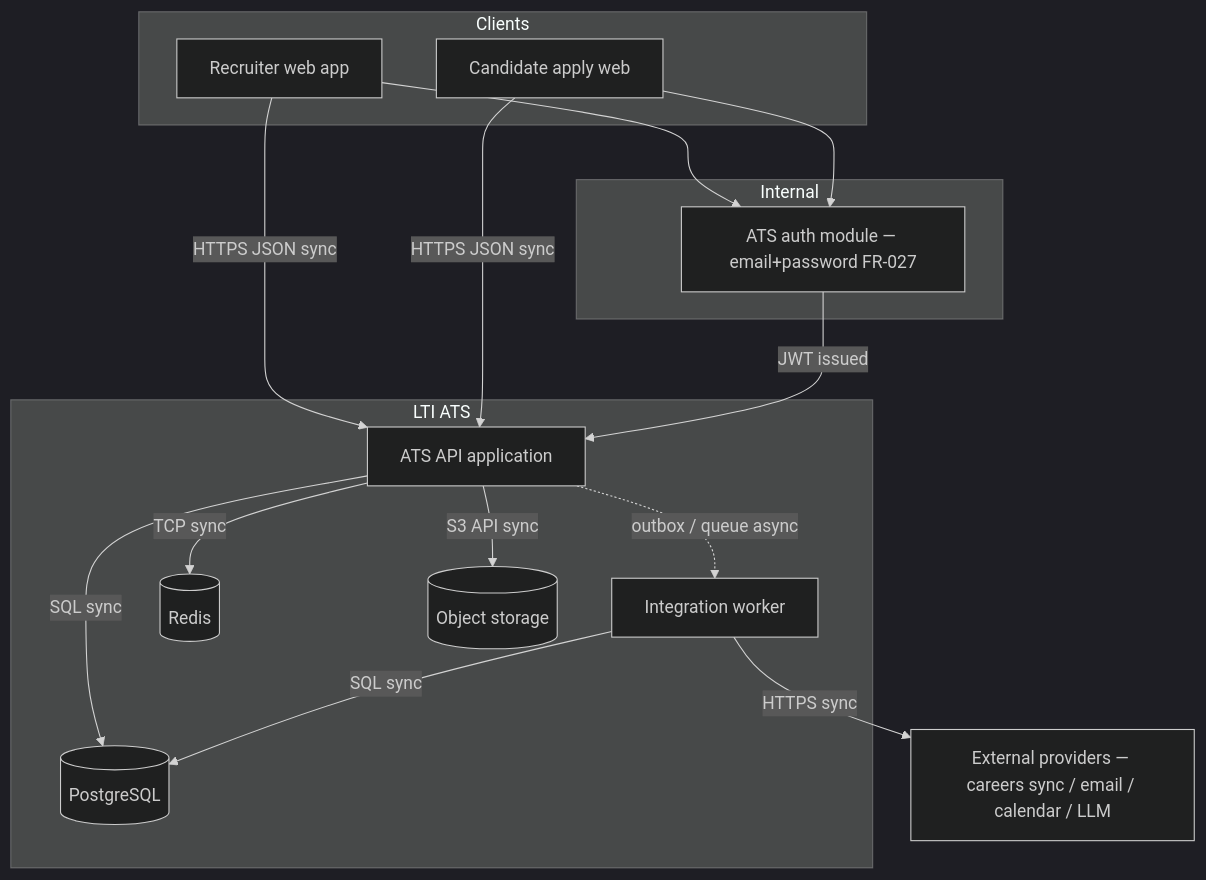
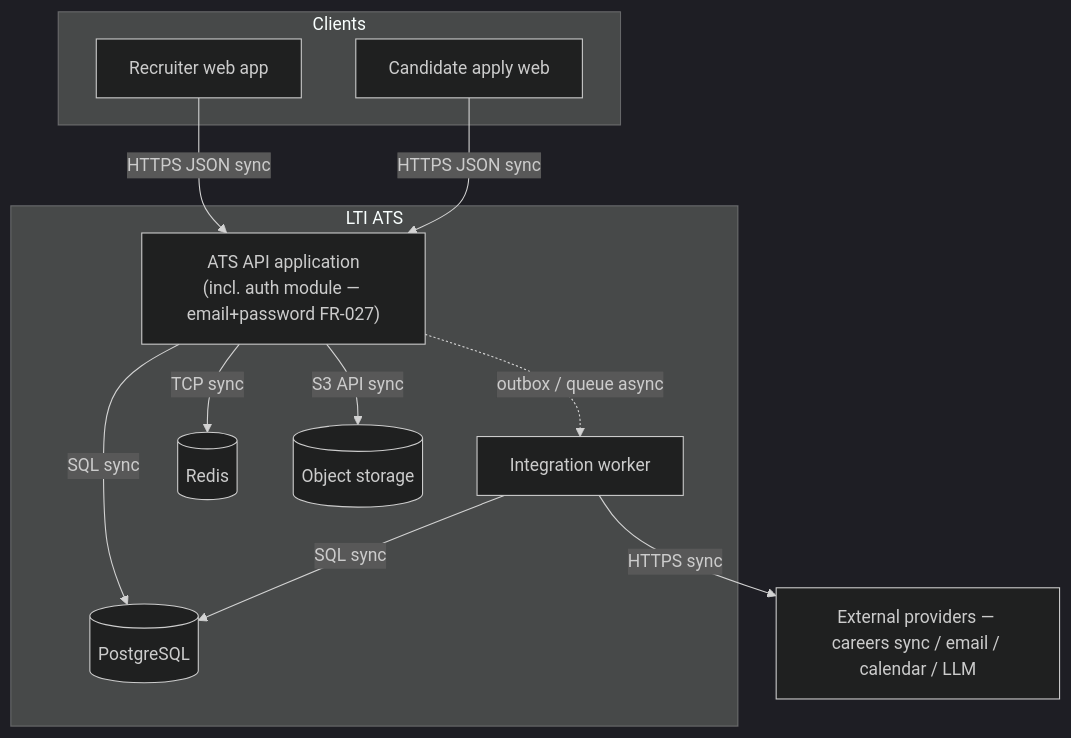
One commit to icsanabriar/AI4Devs-design-2-202602-Seniors changed the seventh of 8 diagrams in LTI-ICS/LTI-ICS.md. Above: the diagram before and after it, drawn with Mermaid (dark theme). The commit also changed other lines of this file and 1 other file, not shown here.

Commit message:
fix(doc): Correct diagram inconsistencies and backlog metadata in LTI-ICS
LTI-ICS.md:
- UC-3 flowchart: remove direct API -> EMAIL edge; all email/calendar
  calls now flow exclusively through WRK
- C4 context: remove IDP node and SYS -> IDP edge; auth is internal to
  LTI ATS system boundary
- C4 containers: dissolve LTI_auth subgraph; embed auth module as
  annotation in API node label; W1/W2 connect directly to API

UserStories-ICS.md:
- Sprint 3 metadata: correct "2 weeks" to "11 days" to match the actual
  Apr 29-May 9 date range (Sprint 4 is already anchored to May 10)
- Sprint 5 dependencies: clarify S-030 depends on S-026 because the
  accepted-offer flow invokes the hire action; remove misleading
  "offer precedes or accompanies hire" phrasing

Made-with: Cursor

````diff
--- a/LTI-ICS/LTI-ICS.md
+++ b/LTI-ICS/LTI-ICS.md
@@ -473,29 +470,23 @@
 ```mermaid
 flowchart TB
   subgraph Clients
     W1[Recruiter web app]
     W2[Candidate apply web]
   end
   subgraph LTI_ATS["LTI ATS"]
-    API[ATS API application]
+    API["ATS API application\n(incl. auth module — email+password FR-027)"]
     WRK[Integration worker]
     DB[(PostgreSQL)]
     RED[(Redis)]
     OBJ[(Object storage)]
   end
-  subgraph LTI_auth["Internal"]
-    AUTH[ATS auth module — email+password FR-027]
-  end
   EXT[External providers — careers sync / email / calendar / LLM]
   W1 -->|HTTPS JSON sync| API
   W2 -->|HTTPS JSON sync| API
-  W1 --> AUTH
-  W2 --> AUTH
-  AUTH -->|JWT issued| API
   API -->|SQL sync| DB
   API -->|S3 API sync| OBJ
   API -->|TCP sync| RED
   API -.->|outbox / queue async| WRK
   WRK -->|HTTPS sync| EXT
   WRK -->|SQL sync| DB
 ```
````
